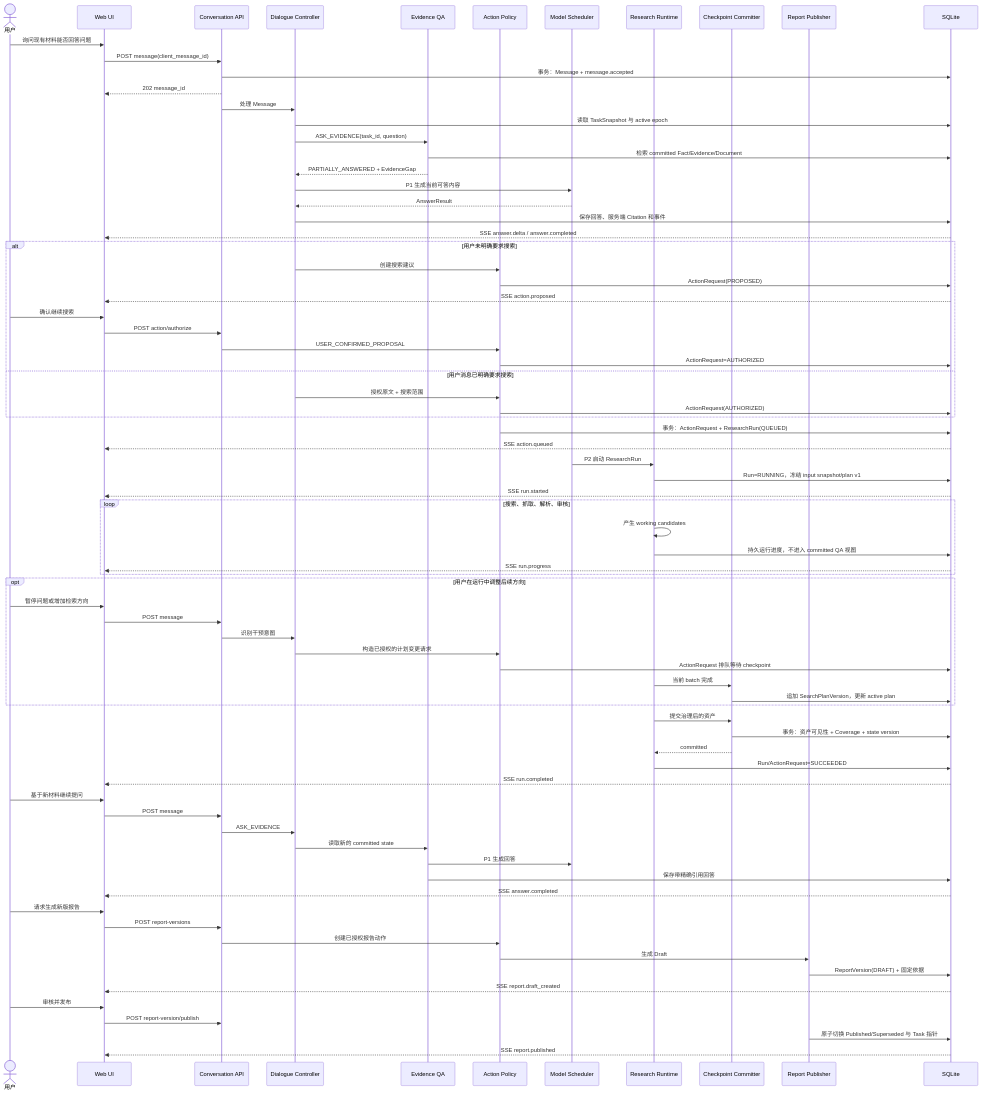
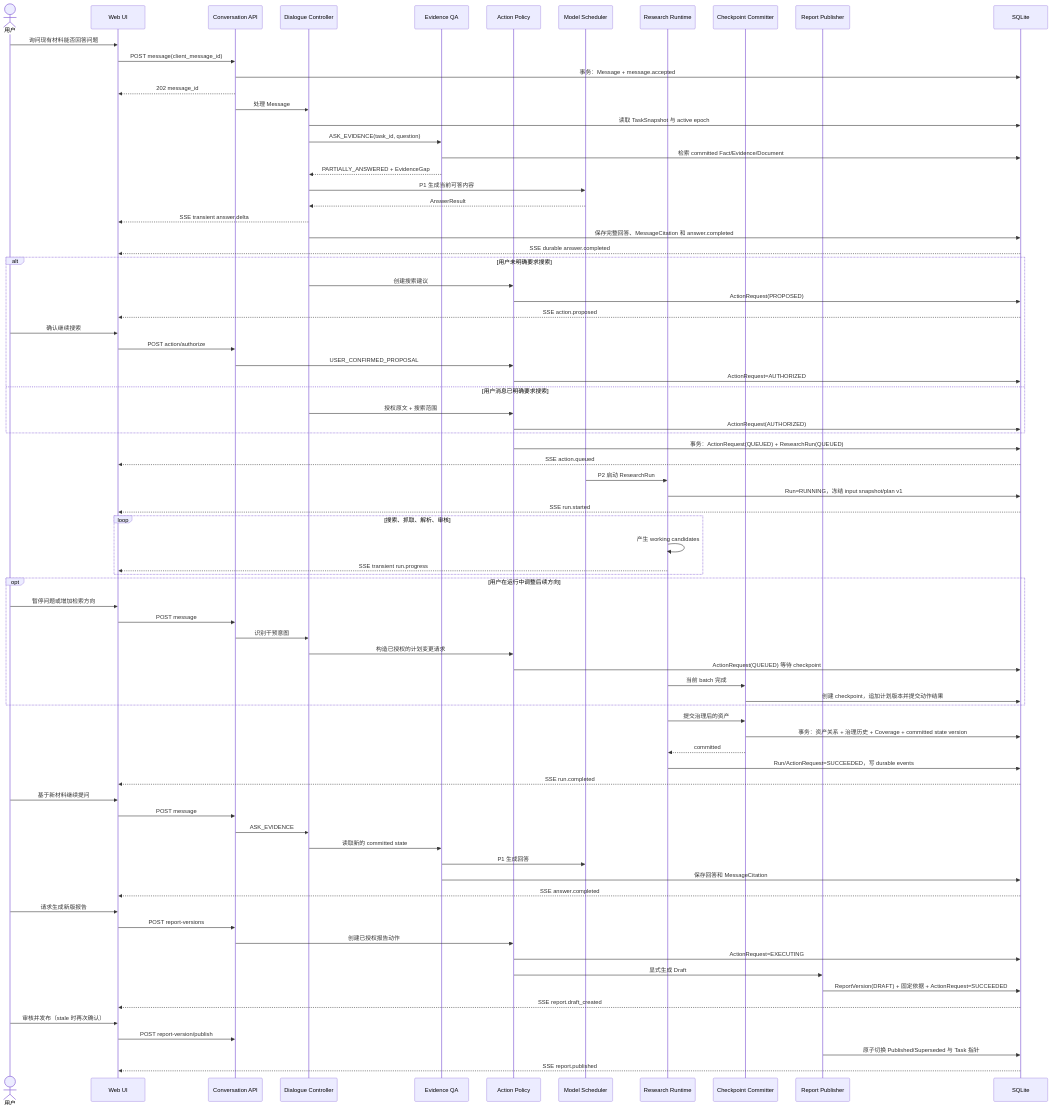
Diagram 11 of 11 in docs/architecture/conversational-research-task-architecture.md (Knight-Jo/collection-agent), drawn with Mermaid before and after one commit. The commit also changed other lines of this file and 1 other file, not shown here.

Commit message:
docs: refine conversational research architecture

```diff
--- a/docs/architecture/conversational-research-task-architecture.md
+++ b/docs/architecture/conversational-research-task-architecture.md
@@ -689,8 +863,9 @@
     QA-->>DC: PARTIALLY_ANSWERED + EvidenceGap
     DC->>Scheduler: P1 生成当前可答内容
     Scheduler-->>DC: AnswerResult
-    DC->>DB: 保存回答、服务端 Citation 和事件
-    DB-->>UI: SSE answer.delta / answer.completed
+    DC-->>UI: SSE transient answer.delta
+    DC->>DB: 保存完整回答、MessageCitation 和 answer.completed
+    DB-->>UI: SSE durable answer.completed
 
     alt 用户未明确要求搜索
         DC->>Policy: 创建搜索建议
@@ -705,7 +880,7 @@
         Policy->>DB: ActionRequest(AUTHORIZED)
     end
 
-    Policy->>DB: 事务：ActionRequest + ResearchRun(QUEUED)
+    Policy->>DB: 事务：ActionRequest(QUEUED) + ResearchRun(QUEUED)
     DB-->>UI: SSE action.queued
     Scheduler->>Runtime: P2 启动 ResearchRun
     Runtime->>DB: Run=RUNNING，冻结 input snapshot/plan v1
@@ -713,8 +888,7 @@
 
     loop 搜索、抓取、解析、审核
         Runtime->>Runtime: 产生 working candidates
-        Runtime->>DB: 持久运行进度，不进入 committed QA 视图
-        DB-->>UI: SSE run.progress
+        Runtime-->>UI: SSE transient run.progress
     end
 
     opt 用户在运行中调整后续方向
@@ -722,15 +896,15 @@
         UI->>API: POST message
         API->>DC: 识别干预意图
         DC->>Policy: 构造已授权的计划变更请求
-        Policy->>DB: ActionRequest 排队等待 checkpoint
+        Policy->>DB: ActionRequest(QUEUED) 等待 checkpoint
         Runtime->>Checkpoint: 当前 batch 完成
-        Checkpoint->>DB: 追加 SearchPlanVersion，更新 active plan
+        Checkpoint->>DB: 创建 checkpoint，追加计划版本并提交动作结果
     end
 
     Runtime->>Checkpoint: 提交治理后的资产
-    Checkpoint->>DB: 事务：资产可见性 + Coverage + state version
+    Checkpoint->>DB: 事务：资产关系 + 治理历史 + Coverage + committed state version
     Checkpoint-->>Runtime: committed
-    Runtime->>DB: Run/ActionRequest=SUCCEEDED
+    Runtime->>DB: Run/ActionRequest=SUCCEEDED，写 durable events
     DB-->>UI: SSE run.completed
 
     User->>UI: 基于新材料继续提问
@@ -738,16 +912,17 @@
     API->>DC: ASK_EVIDENCE
     DC->>QA: 读取新的 committed state
     QA->>Scheduler: P1 生成回答
-    QA->>DB: 保存带精确引用回答
+    QA->>DB: 保存回答和 MessageCitation
     DB-->>UI: SSE answer.completed
 
     User->>UI: 请求生成新版报告
     UI->>API: POST report-versions
     API->>Policy: 创建已授权报告动作
-    Policy->>Publisher: 生成 Draft
-    Publisher->>DB: ReportVersion(DRAFT) + 固定依据
+    Policy->>DB: ActionRequest=EXECUTING
+    Policy->>Publisher: 显式生成 Draft
+    Publisher->>DB: ReportVersion(DRAFT) + 固定依据 + ActionRequest=SUCCEEDED
     DB-->>UI: SSE report.draft_created
-    User->>UI: 审核并发布
+    User->>UI: 审核并发布（stale 时再次确认）
     UI->>API: POST report-version/publish
     Publisher->>DB: 原子切换 Published/Superseded 与 Task 指针
     DB-->>UI: SSE report.published
```
